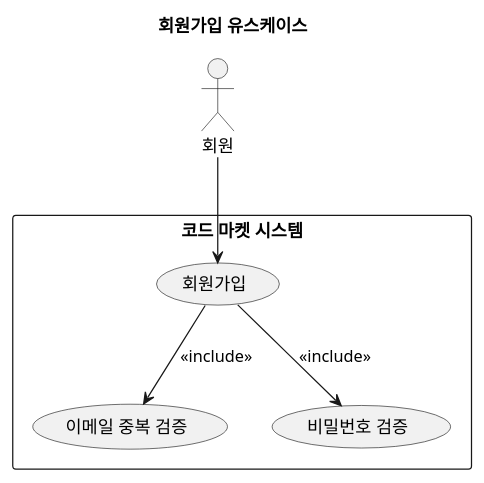
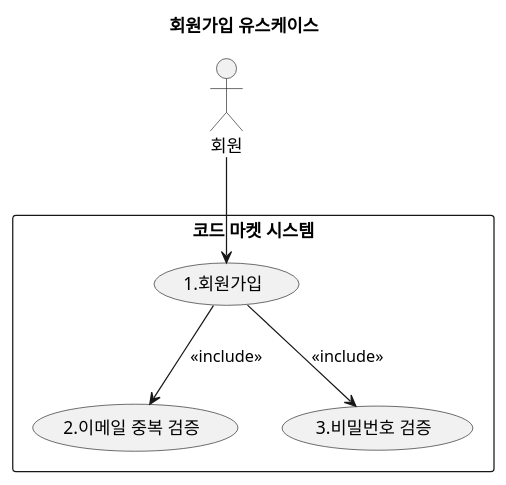
Before and after one commit to f-lab-edu/code-market: the diagram in docs/usecase/usecase_signup.puml, drawn with PlantUML. The commit also changed 9 other files, not shown here.

Commit message:
docs(usecase): 사용자 시나리오 기능별 번호와 유스케이스 다이어그램 번호 매핑

```diff
--- a/docs/usecase/usecase_signup.puml
+++ b/docs/usecase/usecase_signup.puml
@@ -1,19 +1,18 @@
 @startuml
 title 회원가입 유스케이스
 
 actor "회원" as Member
 
 rectangle "코드 마켓 시스템" {
-
-  usecase "회원가입" as UC_Signup
-  usecase "이메일 중복 검증" as UC_CheckEmail
-  usecase "비밀번호 검증" as UC_CheckPassword
-
+'사용자 시나리오 (user_scenario.md 파일)의 기능별 시나리오 번호와 해당 다이어그램의 번호는 매핑되어 있습니다
+  usecase "1.회원가입" as UC_Signup
+  usecase "2.이메일 중복 검증" as UC_CheckEmail
+  usecase "3.비밀번호 검증" as UC_CheckPassword
 }
 
 Member --> UC_Signup
 
 UC_Signup --> UC_CheckEmail : <<include>>
 UC_Signup --> UC_CheckPassword : <<include>>
 
 @enduml
```
